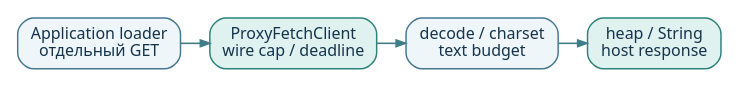
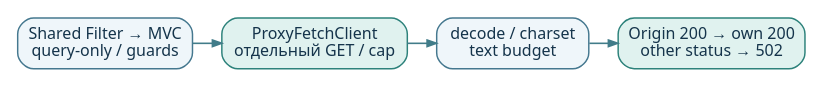
Before and after one commit to AlFlanker/NettyPet: the diagram in jetty-client-example/docs/diagrams/fetch.dot, drawn with Graphviz. The commit also changed 16 other files, not shown here.

```diff
--- a/jetty-client-example/docs/diagrams/fetch.dot
+++ b/jetty-client-example/docs/diagrams/fetch.dot
@@ -1,13 +1,13 @@
 digraph Fetch {
   graph [rankdir=LR, bgcolor="white", pad="0.08", nodesep="0.24", ranksep="0.30", splines=polyline];
   node [shape=box, style="rounded,filled", fontname="Noto Sans", fontsize=12,
         fontcolor="#15344B", fillcolor="#EFF6FA", color="#45788F", penwidth=1.1, margin="0.13,0.09"];
   edge [color="#417C89", penwidth=1.2, arrowsize=0.7, fontname="Noto Sans", fontsize=12];
-  caller [label="Application loader\nотдельный GET"];
-  network [label="ProxyFetchClient\nwire cap / deadline", fillcolor="#E0F2EF", color="#2D827B"];
+  caller [label="Shared Filter → MVC\nquery-only / guards"];
+  network [label="ProxyFetchClient\nотдельный GET / cap", fillcolor="#E0F2EF", color="#2D827B"];
   decoder [label="decode / charset\ntext budget"];
-  result [label="heap / String\nhost response", fillcolor="#E0F2EF", color="#2D827B"];
+  result [label="Origin 200 → own 200\nother status → 502", fillcolor="#E0F2EF", color="#2D827B"];
   caller -> network;
   network -> decoder;
   decoder -> result;
 }
```
